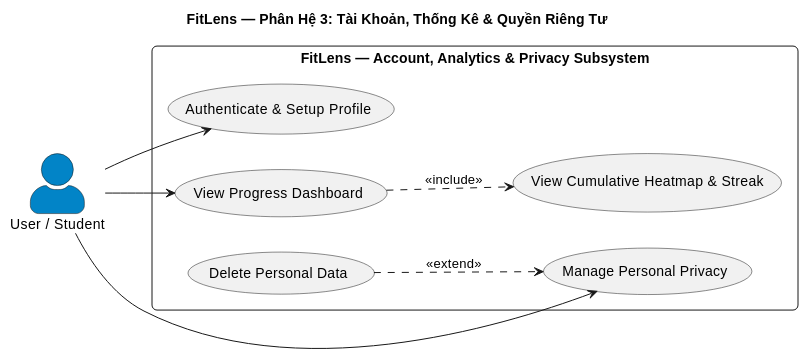
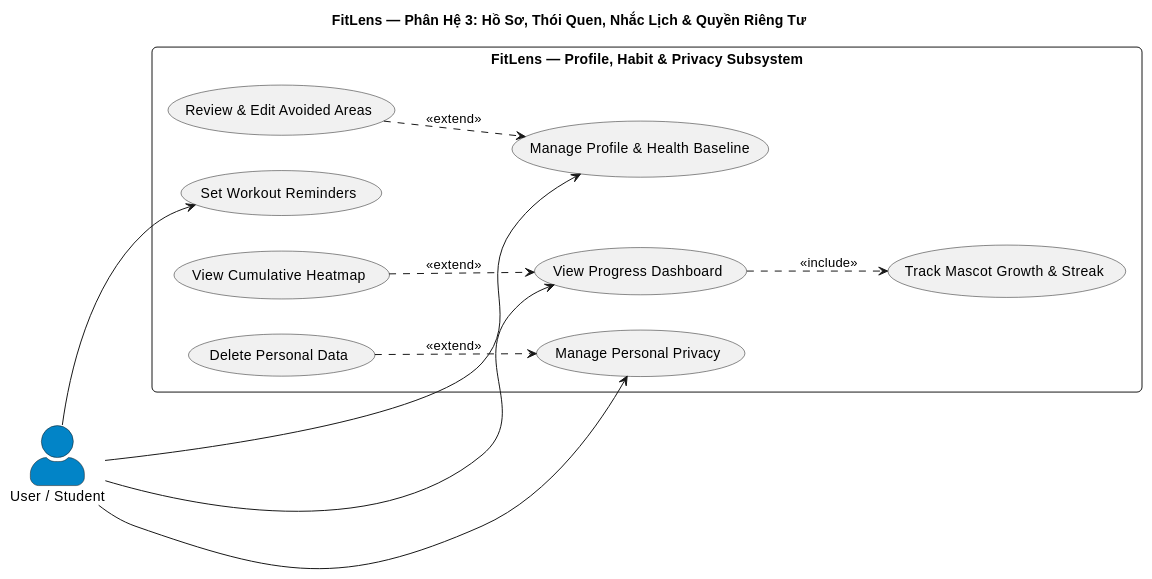
One commit to NewFace819/FitLens changed the sixth of 6 diagrams in docs/USE_CASE_DIAGRAM.md. Above: the diagram before and after it, drawn with PlantUML. The commit also changed other lines of this file and 3 other files, not shown here.

Commit message:
docs: standardize use cases, unify post-workout RPE 1-10, remove calorie compensation, and add concise architecture

````diff
--- a/docs/USE_CASE_DIAGRAM.md
+++ b/docs/USE_CASE_DIAGRAM.md
@@ -193,27 +210,33 @@
 ```plantuml
-@startuml FitLens_Group3_Account_Analytics_Privacy
-title FitLens — Phân Hệ 3: Tài Khoản, Thống Kê & Quyền Riêng Tư
+@startuml FitLens_Group3_Profile_Habit_Privacy
+title FitLens — Phân Hệ 3: Hồ Sơ, Thói Quen, Nhắc Lịch & Quyền Riêng Tư
 left to right direction
 skinparam packageStyle rectangle
 skinparam actorStyle awesome
 skinparam roundcorner 10
 skinparam defaultFontName "Segoe UI", Arial, sans-serif
 
 actor "User / Student" as User #0284C7
 
-rectangle "FitLens — Account, Analytics & Privacy Subsystem" {
-  usecase "Authenticate & Setup Profile" as UC_Auth
+rectangle "FitLens — Profile, Habit & Privacy Subsystem" {
+  usecase "Manage Profile & Health Baseline" as UC_Profile
+  usecase "Review & Edit Avoided Areas" as UC_ReviewAvoid
+  usecase "Set Workout Reminders" as UC_Remind
   usecase "View Progress Dashboard" as UC_Dash
-  usecase "View Cumulative Heatmap & Streak" as UC_CumHeatmap
+  usecase "Track Mascot Growth & Streak" as UC_MascotStreak
+  usecase "View Cumulative Heatmap" as UC_CumHeatmap
   usecase "Manage Personal Privacy" as UC_Privacy
   usecase "Delete Personal Data" as UC_Delete
 }
 
-User --> UC_Auth
+User --> UC_Profile
+User --> UC_Remind
 User --> UC_Dash
 User --> UC_Privacy
 
-UC_Dash ..> UC_CumHeatmap : <<include>>
+UC_ReviewAvoid ..> UC_Profile : <<extend>>
+UC_Dash ..> UC_MascotStreak : <<include>>
+UC_CumHeatmap ..> UC_Dash : <<extend>>
 UC_Delete ..> UC_Privacy : <<extend>>
 @enduml
 ```
````
